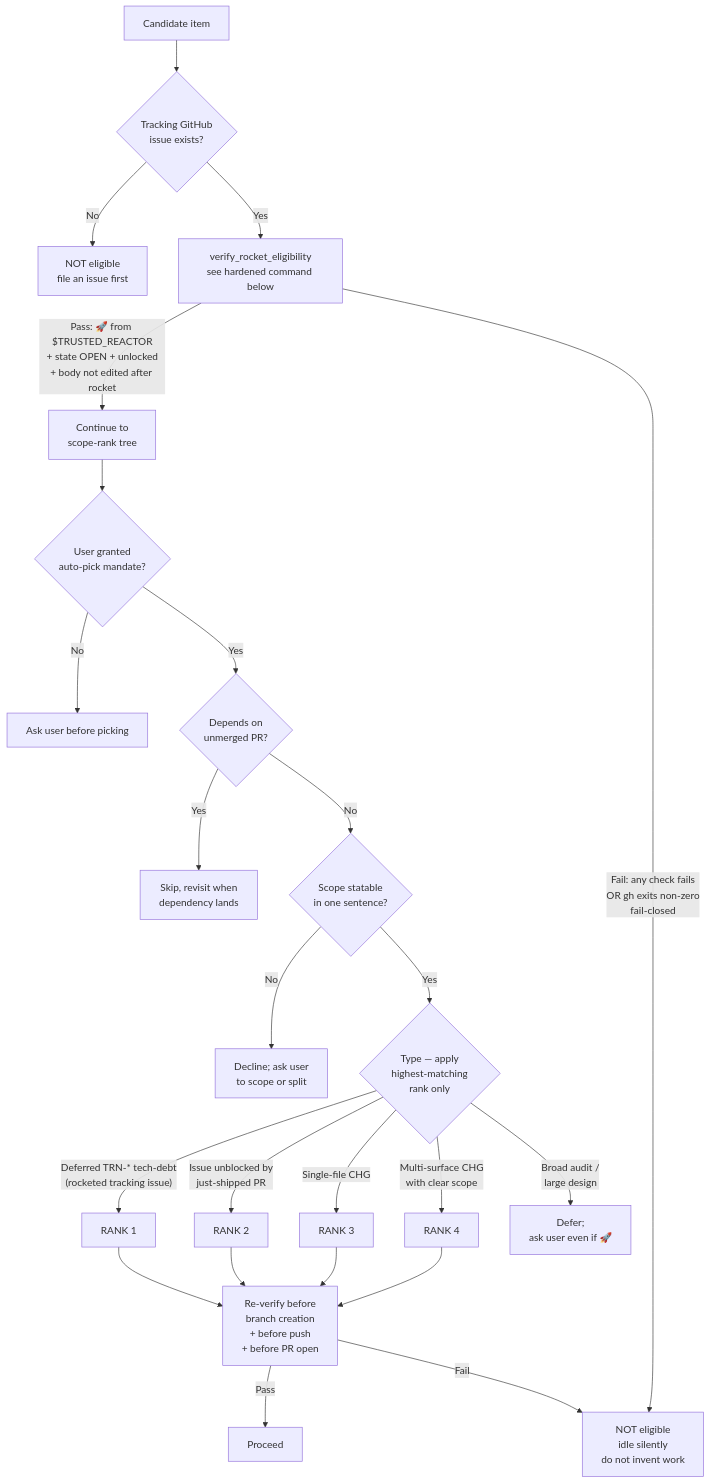
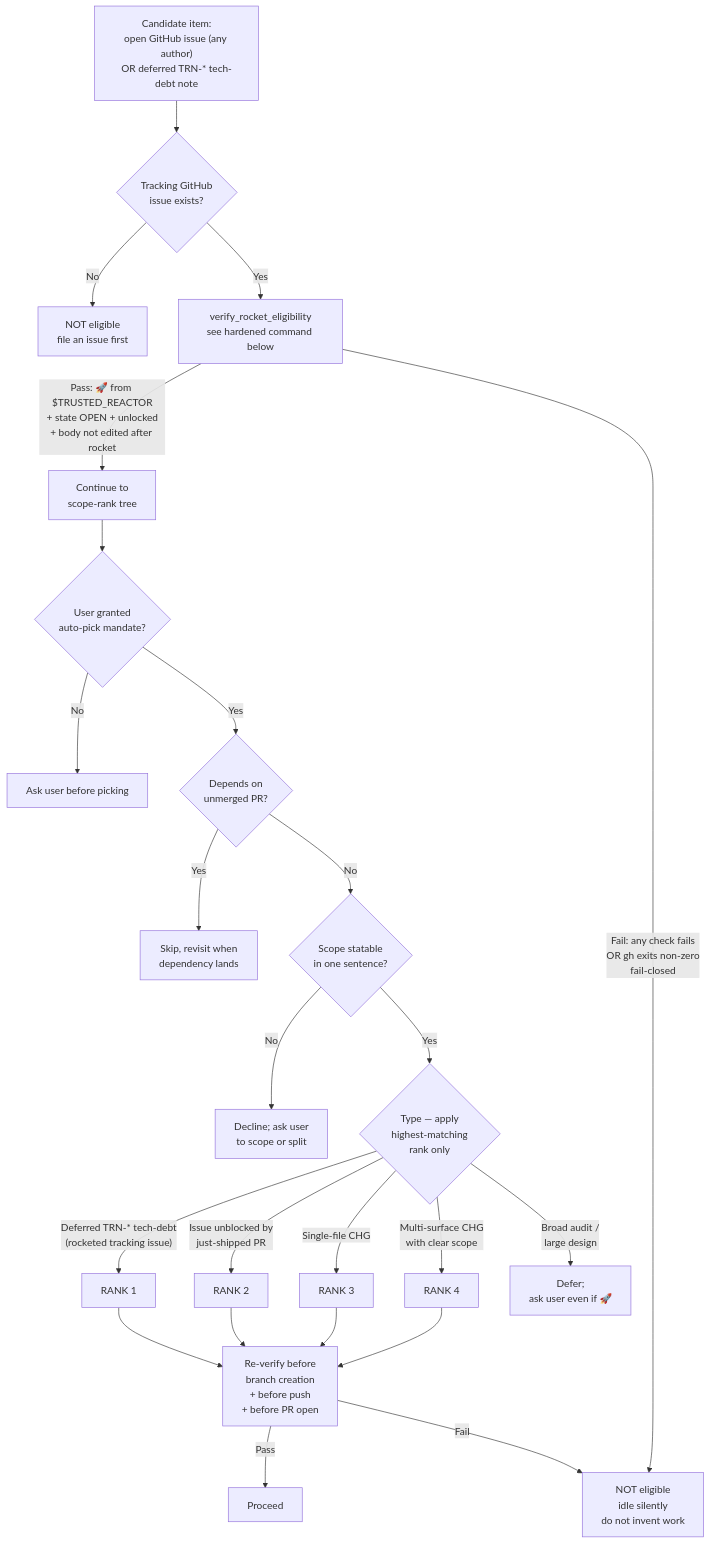
The first of 6 diagrams in rules/TRN-1008-SOP-Multi-Agent-Review-Loop.md (frankyxhl/trinity), drawn with Mermaid before and after one commit. The commit also changed other lines of this file, not shown here.

````diff
--- a/rules/TRN-1008-SOP-Multi-Agent-Review-Loop.md
+++ b/rules/TRN-1008-SOP-Multi-Agent-Review-Loop.md
@@ -91,26 +103,26 @@
 ```mermaid
 flowchart TD
-    A[Candidate item] --> G1{Tracking GitHub<br/>issue exists?}
+    A["Candidate item:<br/>open GitHub issue (any author)<br/>OR deferred TRN-* tech-debt note"] --> G1{Tracking GitHub<br/>issue exists?}
     G1 -- No --> Z_GATE_A[NOT eligible<br/>file an issue first]
     G1 -- Yes --> V[verify_rocket_eligibility<br/>see hardened command below]
     V -- Pass: 🚀 from $TRUSTED_REACTOR<br/>+ state OPEN + unlocked<br/>+ body not edited after rocket --> SCOPE[Continue to<br/>scope-rank tree]
     V -- Fail: any check fails<br/>OR gh exits non-zero<br/>fail-closed --> Z_GATE_B[NOT eligible<br/>idle silently<br/>do not invent work]
     SCOPE --> B{User granted<br/>auto-pick mandate?}
     B -- No --> Z1[Ask user before picking]
     B -- Yes --> C{Depends on<br/>unmerged PR?}
     C -- Yes --> Z2[Skip, revisit when<br/>dependency lands]
     C -- No --> D{Scope statable<br/>in one sentence?}
     D -- No --> Z3[Decline; ask user<br/>to scope or split]
     D -- Yes --> E{Type — apply<br/>highest-matching<br/>rank only}
     E -- Deferred TRN-* tech-debt<br/>(rocketed tracking issue) --> R1[RANK 1]
     E -- Issue unblocked by<br/>just-shipped PR --> R2[RANK 2]
     E -- Single-file CHG --> R3[RANK 3]
     E -- Multi-surface CHG<br/>with clear scope --> R4[RANK 4]
     E -- Broad audit /<br/>large design --> Z4[Defer;<br/>ask user even if 🚀]
     R1 --> RV[Re-verify before<br/>branch creation<br/>+ before push<br/>+ before PR open]
     R2 --> RV
     R3 --> RV
     R4 --> RV
     RV -- Pass --> EXEC[Proceed]
     RV -- Fail --> Z_GATE_B
 ```
````
